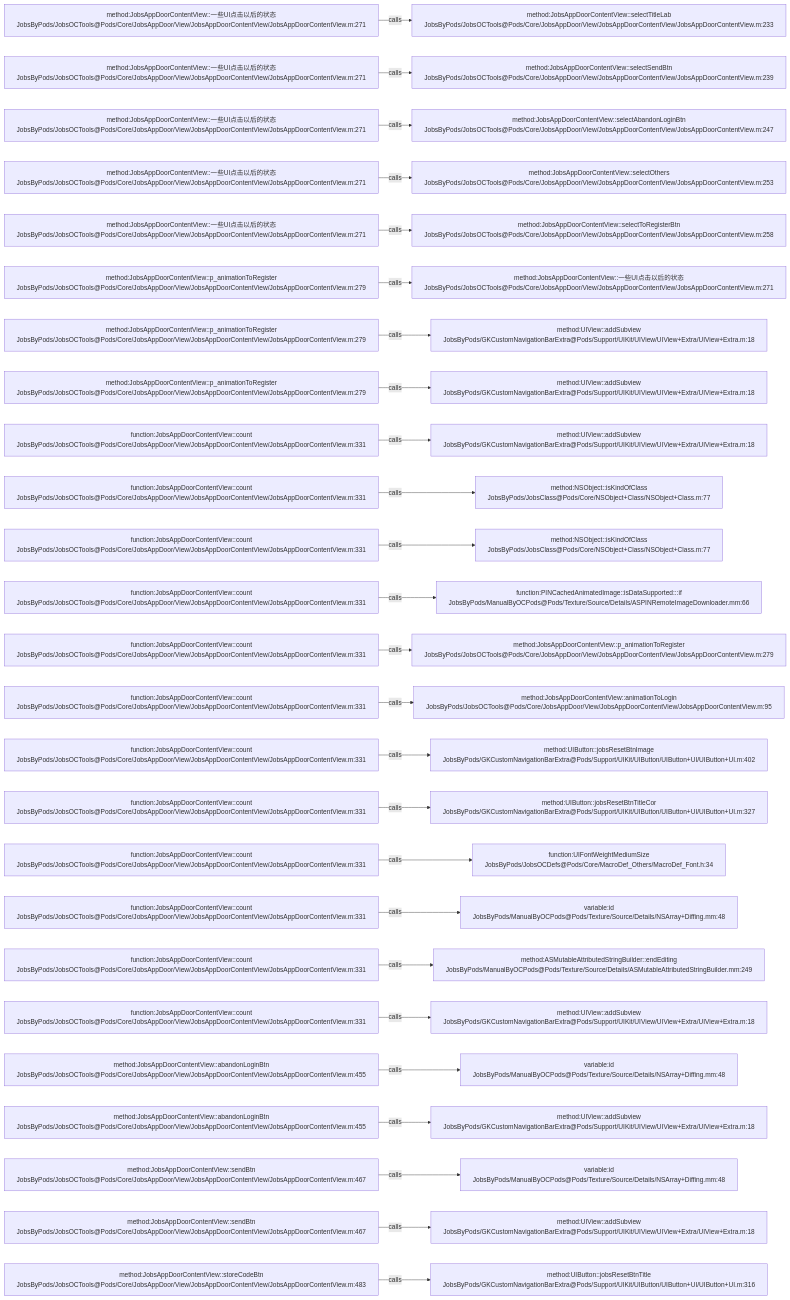
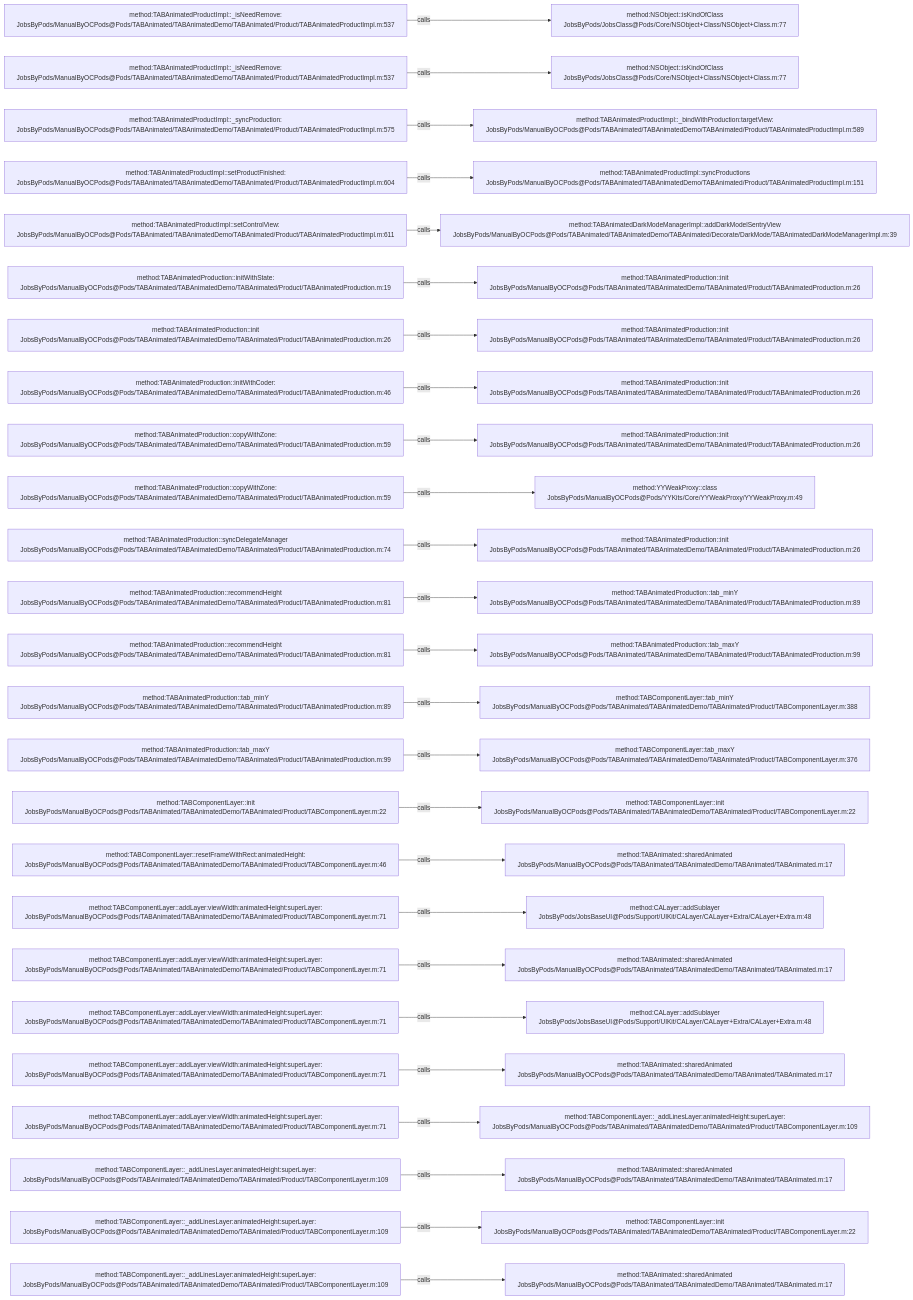
One commit to JobsKits/JobsOCBaseConfigDemo changed the diagram in .codegraph/codegraph.md/graphs/calls-143.md. Above: the diagram before and after it, drawn with Mermaid. The commit also changed 573 other files, not shown here.

````diff
--- a/.codegraph/codegraph.md/graphs/calls-143.md
+++ b/.codegraph/codegraph.md/graphs/calls-143.md
@@ -13,78 +13,78 @@
 ```mermaid
 flowchart LR
-  S1["method:JobsAppDoorContentView::一些UI点击以后的状态<br/>JobsByPods/JobsOCTools@Pods/Core/JobsAppDoor/View/JobsAppDoorContentView/JobsAppDoorContentView.m:271"]
-  T1["method:JobsAppDoorContentView::selectTitleLab<br/>JobsByPods/JobsOCTools@Pods/Core/JobsAppDoor/View/JobsAppDoorContentView/JobsAppDoorContentView.m:233"]
+  S1["method:TABAnimatedProductImpl::_isNeedRemove:<br/>JobsByPods/ManualByOCPods@Pods/TABAnimated/TABAnimatedDemo/TABAnimated/Product/TABAnimatedProductImpl.m:537"]
+  T1["method:NSObject::isKindOfClass<br/>JobsByPods/JobsClass@Pods/Core/NSObject+Class/NSObject+Class.m:77"]
   S1 -->|calls| T1
-  S2["method:JobsAppDoorContentView::一些UI点击以后的状态<br/>JobsByPods/JobsOCTools@Pods/Core/JobsAppDoor/View/JobsAppDoorContentView/JobsAppDoorContentView.m:271"]
-  T2["method:JobsAppDoorContentView::selectSendBtn<br/>JobsByPods/JobsOCTools@Pods/Core/JobsAppDoor/View/JobsAppDoorContentView/JobsAppDoorContentView.m:239"]
+  S2["method:TABAnimatedProductImpl::_isNeedRemove:<br/>JobsByPods/ManualByOCPods@Pods/TABAnimated/TABAnimatedDemo/TABAnimated/Product/TABAnimatedProductImpl.m:537"]
+  T2["method:NSObject::isKindOfClass<br/>JobsByPods/JobsClass@Pods/Core/NSObject+Class/NSObject+Class.m:77"]
   S2 -->|calls| T2
-  S3["method:JobsAppDoorContentView::一些UI点击以后的状态<br/>JobsByPods/JobsOCTools@Pods/Core/JobsAppDoor/View/JobsAppDoorContentView/JobsAppDoorContentView.m:271"]
-  T3["method:JobsAppDoorContentView::selectAbandonLoginBtn<br/>JobsByPods/JobsOCTools@Pods/Core/JobsAppDoor/View/JobsAppDoorContentView/JobsAppDoorContentView.m:247"]
+  S3["method:TABAnimatedProductImpl::_syncProduction:<br/>JobsByPods/ManualByOCPods@Pods/TABAnimated/TABAnimatedDemo/TABAnimated/Product/TABAnimatedProductImpl.m:575"]
+  T3["method:TABAnimatedProductImpl::_bindWithProduction:targetView:<br/>JobsByPods/ManualByOCPods@Pods/TABAnimated/TABAnimatedDemo/TABAnimated/Product/TABAnimatedProductImpl.m:589"]
   S3 -->|calls| T3
-  S4["method:JobsAppDoorContentView::一些UI点击以后的状态<br/>JobsByPods/JobsOCTools@Pods/Core/JobsAppDoor/View/JobsAppDoorContentView/JobsAppDoorContentView.m:271"]
-  T4["method:JobsAppDoorContentView::selectOthers<br/>JobsByPods/JobsOCTools@Pods/Core/JobsAppDoor/View/JobsAppDoorContentView/JobsAppDoorContentView.m:253"]
+  S4["method:TABAnimatedProductImpl::setProductFinished:<br/>JobsByPods/ManualByOCPods@Pods/TABAnimated/TABAnimatedDemo/TABAnimated/Product/TABAnimatedProductImpl.m:604"]
+  T4["method:TABAnimatedProductImpl::syncProductions<br/>JobsByPods/ManualByOCPods@Pods/TABAnimated/TABAnimatedDemo/TABAnimated/Product/TABAnimatedProductImpl.m:151"]
   S4 -->|calls| T4
-  S5["method:JobsAppDoorContentView::一些UI点击以后的状态<br/>JobsByPods/JobsOCTools@Pods/Core/JobsAppDoor/View/JobsAppDoorContentView/JobsAppDoorContentView.m:271"]
-  T5["method:JobsAppDoorContentView::selectToRegisterBtn<br/>JobsByPods/JobsOCTools@Pods/Core/JobsAppDoor/View/JobsAppDoorContentView/JobsAppDoorContentView.m:258"]
+  S5["method:TABAnimatedProductImpl::setControlView:<br/>JobsByPods/ManualByOCPods@Pods/TABAnimated/TABAnimatedDemo/TABAnimated/Product/TABAnimatedProductImpl.m:611"]
+  T5["method:TABAnimatedDarkModeManagerImpl::addDarkModelSentryView<br/>JobsByPods/ManualByOCPods@Pods/TABAnimated/TABAnimatedDemo/TABAnimated/Decorate/DarkMode/TABAnimatedDarkModeManagerImpl.m:39"]
   S5 -->|calls| T5
-  S6["method:JobsAppDoorContentView::p_animationToRegister<br/>JobsByPods/JobsOCTools@Pods/Core/JobsAppDoor/View/JobsAppDoorContentView/JobsAppDoorContentView.m:279"]
-  T6["method:JobsAppDoorContentView::一些UI点击以后的状态<br/>JobsByPods/JobsOCTools@Pods/Core/JobsAppDoor/View/JobsAppDoorContentView/JobsAppDoorContentView.m:271"]
+  S6["method:TABAnimatedProduction::initWithState:<br/>JobsByPods/ManualByOCPods@Pods/TABAnimated/TABAnimatedDemo/TABAnimated/Product/TABAnimatedProduction.m:19"]
+  T6["method:TABAnimatedProduction::init<br/>JobsByPods/ManualByOCPods@Pods/TABAnimated/TABAnimatedDemo/TABAnimated/Product/TABAnimatedProduction.m:26"]
   S6 -->|calls| T6
-  S7["method:JobsAppDoorContentView::p_animationToRegister<br/>JobsByPods/JobsOCTools@Pods/Core/JobsAppDoor/View/JobsAppDoorContentView/JobsAppDoorContentView.m:279"]
-  T7["method:UIView::addSubview<br/>JobsByPods/GKCustomNavigationBarExtra@Pods/Support/UIKit/UIView/UIView+Extra/UIView+Extra.m:18"]
+  S7["method:TABAnimatedProduction::init<br/>JobsByPods/ManualByOCPods@Pods/TABAnimated/TABAnimatedDemo/TABAnimated/Product/TABAnimatedProduction.m:26"]
+  T7["method:TABAnimatedProduction::init<br/>JobsByPods/ManualByOCPods@Pods/TABAnimated/TABAnimatedDemo/TABAnimated/Product/TABAnimatedProduction.m:26"]
   S7 -->|calls| T7
-  S8["method:JobsAppDoorContentView::p_animationToRegister<br/>JobsByPods/JobsOCTools@Pods/Core/JobsAppDoor/View/JobsAppDoorContentView/JobsAppDoorContentView.m:279"]
-  T8["method:UIView::addSubview<br/>JobsByPods/GKCustomNavigationBarExtra@Pods/Support/UIKit/UIView/UIView+Extra/UIView+Extra.m:18"]
+  S8["method:TABAnimatedProduction::initWithCoder:<br/>JobsByPods/ManualByOCPods@Pods/TABAnimated/TABAnimatedDemo/TABAnimated/Product/TABAnimatedProduction.m:46"]
+  T8["method:TABAnimatedProduction::init<br/>JobsByPods/ManualByOCPods@Pods/TABAnimated/TABAnimatedDemo/TABAnimated/Product/TABAnimatedProduction.m:26"]
   S8 -->|calls| T8
-  S9["function:JobsAppDoorContentView::count<br/>JobsByPods/JobsOCTools@Pods/Core/JobsAppDoor/View/JobsAppDoorContentView/JobsAppDoorContentView.m:331"]
-  T9["method:UIView::addSubview<br/>JobsByPods/GKCustomNavigationBarExtra@Pods/Support/UIKit/UIView/UIView+Extra/UIView+Extra.m:18"]
+  S9["method:TABAnimatedProduction::copyWithZone:<br/>JobsByPods/ManualByOCPods@Pods/TABAnimated/TABAnimatedDemo/TABAnimated/Product/TABAnimatedProduction.m:59"]
+  T9["method:TABAnimatedProduction::init<br/>JobsByPods/ManualByOCPods@Pods/TABAnimated/TABAnimatedDemo/TABAnimated/Product/TABAnimatedProduction.m:26"]
   S9 -->|calls| T9
-  S10["function:JobsAppDoorContentView::count<br/>JobsByPods/JobsOCTools@Pods/Core/JobsAppDoor/View/JobsAppDoorContentView/JobsAppDoorContentView.m:331"]
-  T10["method:NSObject::isKindOfClass<br/>JobsByPods/JobsClass@Pods/Core/NSObject+Class/NSObject+Class.m:77"]
+  S10["method:TABAnimatedProduction::copyWithZone:<br/>JobsByPods/ManualByOCPods@Pods/TABAnimated/TABAnimatedDemo/TABAnimated/Product/TABAnimatedProduction.m:59"]
+  T10["method:YYWeakProxy::class<br/>JobsByPods/ManualByOCPods@Pods/YYKits/Core/YYWeakProxy/YYWeakProxy.m:49"]
   S10 -->|calls| T10
-  S11["function:JobsAppDoorContentView::count<br/>JobsByPods/JobsOCTools@Pods/Core/JobsAppDoor/View/JobsAppDoorContentView/JobsAppDoorContentView.m:331"]
-  T11["method:NSObject::isKindOfClass<br/>JobsByPods/JobsClass@Pods/Core/NSObject+Class/NSObject+Class.m:77"]
+  S11["method:TABAnimatedProduction::syncDelegateManager<br/>JobsByPods/ManualByOCPods@Pods/TABAnimated/TABAnimatedDemo/TABAnimated/Product/TABAnimatedProduction.m:74"]
+  T11["method:TABAnimatedProduction::init<br/>JobsByPods/ManualByOCPods@Pods/TABAnimated/TABAnimatedDemo/TABAnimated/Product/TABAnimatedProduction.m:26"]
   S11 -->|calls| T11
-  S12["function:JobsAppDoorContentView::count<br/>JobsByPods/JobsOCTools@Pods/Core/JobsAppDoor/View/JobsAppDoorContentView/JobsAppDoorContentView.m:331"]
-  T12["function:PINCachedAnimatedImage::isDataSupported:::if<br/>JobsByPods/ManualByOCPods@Pods/Texture/Source/Details/ASPINRemoteImageDownloader.mm:66"]
+  S12["method:TABAnimatedProduction::recommendHeight<br/>JobsByPods/ManualByOCPods@Pods/TABAnimated/TABAnimatedDemo/TABAnimated/Product/TABAnimatedProduction.m:81"]
+  T12["method:TABAnimatedProduction::tab_minY<br/>JobsByPods/ManualByOCPods@Pods/TABAnimated/TABAnimatedDemo/TABAnimated/Product/TABAnimatedProduction.m:89"]
   S12 -->|calls| T12
-  S13["function:JobsAppDoorContentView::count<br/>JobsByPods/JobsOCTools@Pods/Core/JobsAppDoor/View/JobsAppDoorContentView/JobsAppDoorContentView.m:331"]
-  T13["method:JobsAppDoorContentView::p_animationToRegister<br/>JobsByPods/JobsOCTools@Pods/Core/JobsAppDoor/View/JobsAppDoorContentView/JobsAppDoorContentView.m:279"]
+  S13["method:TABAnimatedProduction::recommendHeight<br/>JobsByPods/ManualByOCPods@Pods/TABAnimated/TABAnimatedDemo/TABAnimated/Product/TABAnimatedProduction.m:81"]
+  T13["method:TABAnimatedProduction::tab_maxY<br/>JobsByPods/ManualByOCPods@Pods/TABAnimated/TABAnimatedDemo/TABAnimated/Product/TABAnimatedProduction.m:99"]
   S13 -->|calls| T13
-  S14["function:JobsAppDoorContentView::count<br/>JobsByPods/JobsOCTools@Pods/Core/JobsAppDoor/View/JobsAppDoorContentView/JobsAppDoorContentView.m:331"]
-  T14["method:JobsAppDoorContentView::animationToLogin<br/>JobsByPods/JobsOCTools@Pods/Core/JobsAppDoor/View/JobsAppDoorContentView/JobsAppDoorContentView.m:95"]
+  S14["method:TABAnimatedProduction::tab_minY<br/>JobsByPods/ManualByOCPods@Pods/TABAnimated/TABAnimatedDemo/TABAnimated/Product/TABAnimatedProduction.m:89"]
+  T14["method:TABComponentLayer::tab_minY<br/>JobsByPods/ManualByOCPods@Pods/TABAnimated/TABAnimatedDemo/TABAnimated/Product/TABComponentLayer.m:388"]
   S14 -->|calls| T14
-  S15["function:JobsAppDoorContentView::count<br/>JobsByPods/JobsOCTools@Pods/Core/JobsAppDoor/View/JobsAppDoorContentView/JobsAppDoorContentView.m:331"]
-  T15["method:UIButton::jobsResetBtnImage<br/>JobsByPods/GKCustomNavigationBarExtra@Pods/Support/UIKit/UIButton/UIButton+UI/UIButton+UI.m:402"]
+  S15["method:TABAnimatedProduction::tab_maxY<br/>JobsByPods/ManualByOCPods@Pods/TABAnimated/TABAnimatedDemo/TABAnimated/Product/TABAnimatedProduction.m:99"]
+  T15["method:TABComponentLayer::tab_maxY<br/>JobsByPods/ManualByOCPods@Pods/TABAnimated/TABAnimatedDemo/TABAnimated/Product/TABComponentLayer.m:376"]
   S15 -->|calls| T15
-  S16["function:JobsAppDoorContentView::count<br/>JobsByPods/JobsOCTools@Pods/Core/JobsAppDoor/View/JobsAppDoorContentView/JobsAppDoorContentView.m:331"]
-  T16["method:UIButton::jobsResetBtnTitleCor<br/>JobsByPods/GKCustomNavigationBarExtra@Pods/Support/UIKit/UIButton/UIButton+UI/UIButton+UI.m:327"]
+  S16["method:TABComponentLayer::init<br/>JobsByPods/ManualByOCPods@Pods/TABAnimated/TABAnimatedDemo/TABAnimated/Product/TABComponentLayer.m:22"]
+  T16["method:TABComponentLayer::init<br/>JobsByPods/ManualByOCPods@Pods/TABAnimated/TABAnimatedDemo/TABAnimated/Product/TABComponentLayer.m:22"]
   S16 -->|calls| T16
-  S17["function:JobsAppDoorContentView::count<br/>JobsByPods/JobsOCTools@Pods/Core/JobsAppDoor/View/JobsAppDoorContentView/JobsAppDoorContentView.m:331"]
-  T17["function:UIFontWeightMediumSize<br/>JobsByPods/JobsOCDefs@Pods/Core/MacroDef_Others/MacroDef_Font.h:34"]
+  S17["method:TABComponentLayer::resetFrameWithRect:animatedHeight:<br/>JobsByPods/ManualByOCPods@Pods/TABAnimated/TABAnimatedDemo/TABAnimated/Product/TABComponentLayer.m:46"]
+  T17["method:TABAnimated::sharedAnimated<br/>JobsByPods/ManualByOCPods@Pods/TABAnimated/TABAnimatedDemo/TABAnimated/TABAnimated.m:17"]
   S17 -->|calls| T17
-  S18["function:JobsAppDoorContentView::count<br/>JobsByPods/JobsOCTools@Pods/Core/JobsAppDoor/View/JobsAppDoorContentView/JobsAppDoorContentView.m:331"]
-  T18["variable:id<br/>JobsByPods/ManualByOCPods@Pods/Texture/Source/Details/NSArray+Diffing.mm:48"]
+  S18["method:TABComponentLayer::addLayer:viewWidth:animatedHeight:superLayer:<br/>JobsByPods/ManualByOCPods@Pods/TABAnimated/TABAnimatedDemo/TABAnimated/Product/TABComponentLayer.m:71"]
+  T18["method:CALayer::addSublayer<br/>JobsByPods/JobsBaseUI@Pods/Support/UIKit/CALayer/CALayer+Extra/CALayer+Extra.m:48"]
   S18 -->|calls| T18
-  S19["function:JobsAppDoorContentView::count<br/>JobsByPods/JobsOCTools@Pods/Core/JobsAppDoor/View/JobsAppDoorContentView/JobsAppDoorContentView.m:331"]
-  T19["method:ASMutableAttributedStringBuilder::endEditing<br/>JobsByPods/ManualByOCPods@Pods/Texture/Source/Details/ASMutableAttributedStringBuilder.mm:249"]
+  S19["method:TABComponentLayer::addLayer:viewWidth:animatedHeight:superLayer:<br/>JobsByPods/ManualByOCPods@Pods/TABAnimated/TABAnimatedDemo/TABAnimated/Product/TABComponentLayer.m:71"]
+  T19["method:TABAnimated::sharedAnimated<br/>JobsByPods/ManualByOCPods@Pods/TABAnimated/TABAnimatedDemo/TABAnimated/TABAnimated.m:17"]
   S19 -->|calls| T19
-  S20["function:JobsAppDoorContentView::count<br/>JobsByPods/JobsOCTools@Pods/Core/JobsAppDoor/View/JobsAppDoorContentView/JobsAppDoorContentView.m:331"]
-  T20["method:UIView::addSubview<br/>JobsByPods/GKCustomNavigationBarExtra@Pods/Support/UIKit/UIView/UIView+Extra/UIView+Extra.m:18"]
+  S20["method:TABComponentLayer::addLayer:viewWidth:animatedHeight:superLayer:<br/>JobsByPods/ManualByOCPods@Pods/TABAnimated/TABAnimatedDemo/TABAnimated/Product/TABComponentLayer.m:71"]
+  T20["method:CALayer::addSublayer<br/>JobsByPods/JobsBaseUI@Pods/Support/UIKit/CALayer/CALayer+Extra/CALayer+Extra.m:48"]
   S20 -->|calls| T20
-  S21["method:JobsAppDoorContentView::abandonLoginBtn<br/>JobsByPods/JobsOCTools@Pods/Core/JobsAppDoor/View/JobsAppDoorContentView/JobsAppDoorContentView.m:455"]
-  T21["variable:id<br/>JobsByPods/ManualByOCPods@Pods/Texture/Source/Details/NSArray+Diffing.mm:48"]
+  S21["method:TABComponentLayer::addLayer:viewWidth:animatedHeight:superLayer:<br/>JobsByPods/ManualByOCPods@Pods/TABAnimated/TABAnimatedDemo/TABAnimated/Product/TABComponentLayer.m:71"]
+  T21["method:TABAnimated::sharedAnimated<br/>JobsByPods/ManualByOCPods@Pods/TABAnimated/TABAnimatedDemo/TABAnimated/TABAnimated.m:17"]
   S21 -->|calls| T21
-  S22["method:JobsAppDoorContentView::abandonLoginBtn<br/>JobsByPods/JobsOCTools@Pods/Core/JobsAppDoor/View/JobsAppDoorContentView/JobsAppDoorContentView.m:455"]
-  T22["method:UIView::addSubview<br/>JobsByPods/GKCustomNavigationBarExtra@Pods/Support/UIKit/UIView/UIView+Extra/UIView+Extra.m:18"]
+  S22["method:TABComponentLayer::addLayer:viewWidth:animatedHeight:superLayer:<br/>JobsByPods/ManualByOCPods@Pods/TABAnimated/TABAnimatedDemo/TABAnimated/Product/TABComponentLayer.m:71"]
+  T22["method:TABComponentLayer::_addLinesLayer:animatedHeight:superLayer:<br/>JobsByPods/ManualByOCPods@Pods/TABAnimated/TABAnimatedDemo/TABAnimated/Product/TABComponentLayer.m:109"]
   S22 -->|calls| T22
-  S23["method:JobsAppDoorContentView::sendBtn<br/>JobsByPods/JobsOCTools@Pods/Core/JobsAppDoor/View/JobsAppDoorContentView/JobsAppDoorContentView.m:467"]
-  T23["variable:id<br/>JobsByPods/ManualByOCPods@Pods/Texture/Source/Details/NSArray+Diffing.mm:48"]
+  S23["method:TABComponentLayer::_addLinesLayer:animatedHeight:superLayer:<br/>JobsByPods/ManualByOCPods@Pods/TABAnimated/TABAnimatedDemo/TABAnimated/Product/TABComponentLayer.m:109"]
+  T23["method:TABAnimated::sharedAnimated<br/>JobsByPods/ManualByOCPods@Pods/TABAnimated/TABAnimatedDemo/TABAnimated/TABAnimated.m:17"]
   S23 -->|calls| T23
-  S24["method:JobsAppDoorContentView::sendBtn<br/>JobsByPods/JobsOCTools@Pods/Core/JobsAppDoor/View/JobsAppDoorContentView/JobsAppDoorContentView.m:467"]
-  T24["method:UIView::addSubview<br/>JobsByPods/GKCustomNavigationBarExtra@Pods/Support/UIKit/UIView/UIView+Extra/UIView+Extra.m:18"]
+  S24["method:TABComponentLayer::_addLinesLayer:animatedHeight:superLayer:<br/>JobsByPods/ManualByOCPods@Pods/TABAnimated/TABAnimatedDemo/TABAnimated/Product/TABComponentLayer.m:109"]
+  T24["method:TABComponentLayer::init<br/>JobsByPods/ManualByOCPods@Pods/TABAnimated/TABAnimatedDemo/TABAnimated/Product/TABComponentLayer.m:22"]
   S24 -->|calls| T24
-  S25["method:JobsAppDoorContentView::storeCodeBtn<br/>JobsByPods/JobsOCTools@Pods/Core/JobsAppDoor/View/JobsAppDoorContentView/JobsAppDoorContentView.m:483"]
-  T25["method:UIButton::jobsResetBtnTitle<br/>JobsByPods/GKCustomNavigationBarExtra@Pods/Support/UIKit/UIButton/UIButton+UI/UIButton+UI.m:316"]
+  S25["method:TABComponentLayer::_addLinesLayer:animatedHeight:superLayer:<br/>JobsByPods/ManualByOCPods@Pods/TABAnimated/TABAnimatedDemo/TABAnimated/Product/TABComponentLayer.m:109"]
+  T25["method:TABAnimated::sharedAnimated<br/>JobsByPods/ManualByOCPods@Pods/TABAnimated/TABAnimatedDemo/TABAnimated/TABAnimated.m:17"]
   S25 -->|calls| T25
 ```
````
